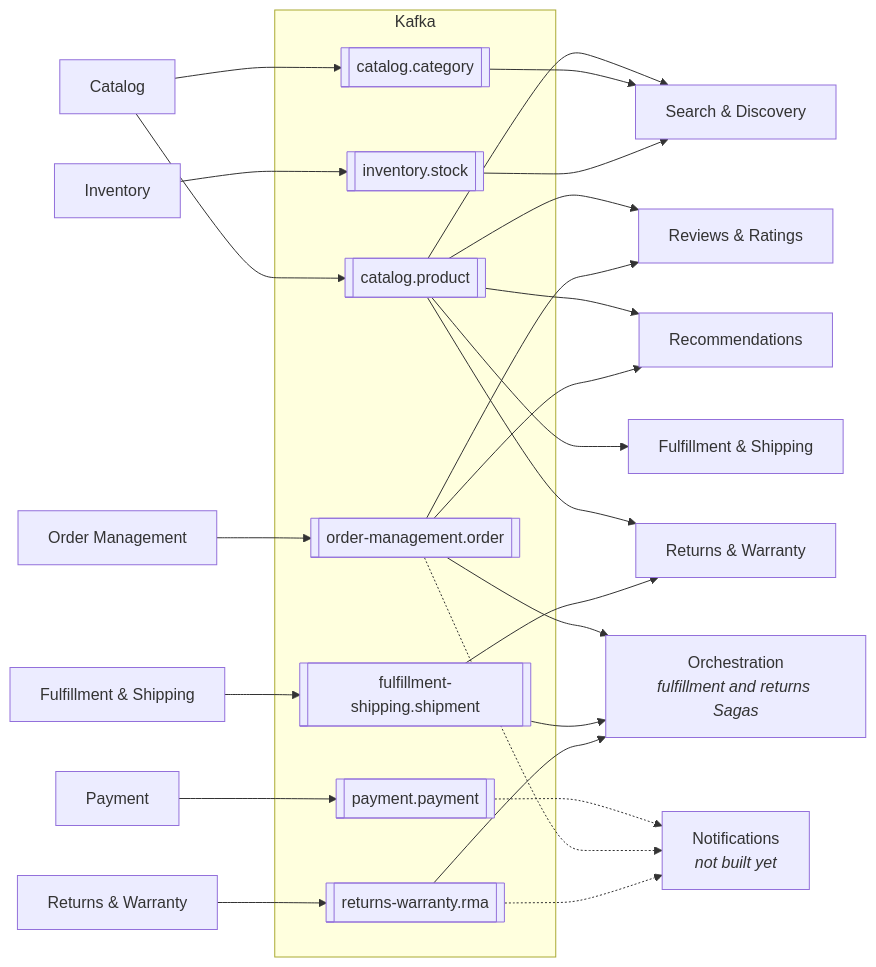
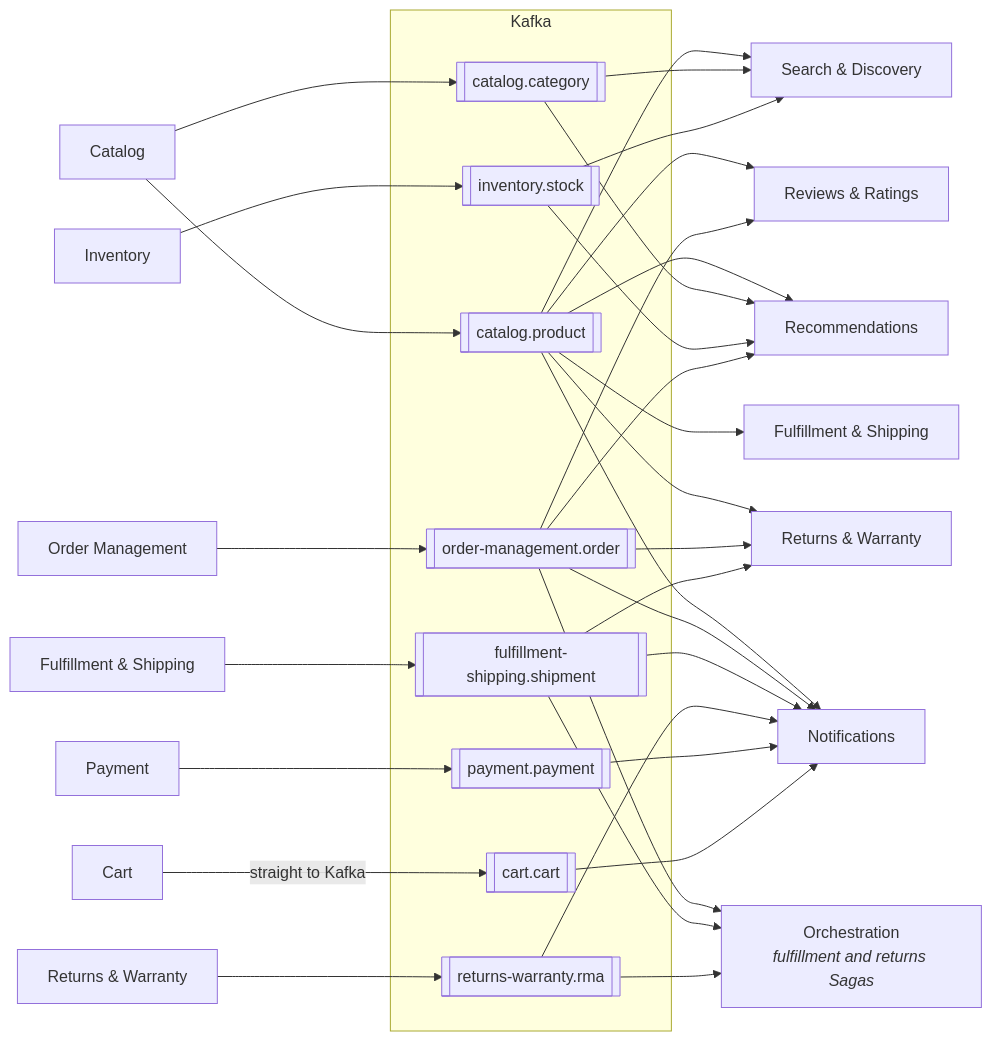
One commit to ondokuzz/ecomm changed the third of 6 diagrams in docs/architecture.md. Above: the diagram before and after it, drawn with Mermaid. The commit also changed other lines of this file, not shown here.

First line of the commit message:
Architecture: Notifications, the Support Assistant and Coupon redemption, as of Sprint 8

````diff
--- a/docs/architecture.md
+++ b/docs/architecture.md
@@ -126,44 +167,46 @@
 ```mermaid
 flowchart LR
   catalog["Catalog"]
   inventory["Inventory"]
   orders["Order Management"]
   payment["Payment"]
   fulfillment["Fulfillment & Shipping"]
   returns["Returns & Warranty"]
+  cart["Cart"]
 
   subgraph kafka["Kafka"]
     tProduct[["catalog.product"]]
     tCategory[["catalog.category"]]
     tStock[["inventory.stock"]]
     tOrder[["order-management.order"]]
     tPayment[["payment.payment"]]
     tShipment[["fulfillment-shipping.shipment"]]
     tRma[["returns-warranty.rma"]]
+    tCart[["cart.cart"]]
   end
 
   search["Search & Discovery"]
   reviews["Reviews & Ratings"]
   recs["Recommendations"]
   fulfillmentIn["Fulfillment & Shipping"]
   returnsIn["Returns & Warranty"]
   orchestration["Orchestration<br/><i>fulfillment and returns Sagas</i>"]
-  later["Notifications<br/><i>not built yet</i>"]
+  notifications["Notifications"]
 
   catalog --> tProduct & tCategory
   inventory --> tStock
   orders --> tOrder
   payment --> tPayment
   fulfillment --> tShipment
   returns --> tRma
+  cart -- "straight to Kafka" --> tCart
 
-  tProduct --> search & reviews & recs & fulfillmentIn & returnsIn
-  tCategory --> search
-  tStock --> search
-  tOrder --> reviews & recs & orchestration
-  tShipment --> orchestration & returnsIn
-  tRma --> orchestration
-  tPayment -.-> later
-  tOrder -.-> later
-  tRma -.-> later
+  tProduct --> search & reviews & recs & fulfillmentIn & returnsIn & notifications
+  tCategory --> search & recs
+  tStock --> search & recs
+  tOrder --> reviews & recs & returnsIn & orchestration & notifications
+  tShipment --> orchestration & returnsIn & notifications
+  tRma --> orchestration & notifications
+  tPayment --> notifications
+  tCart --> notifications
 ```
````
